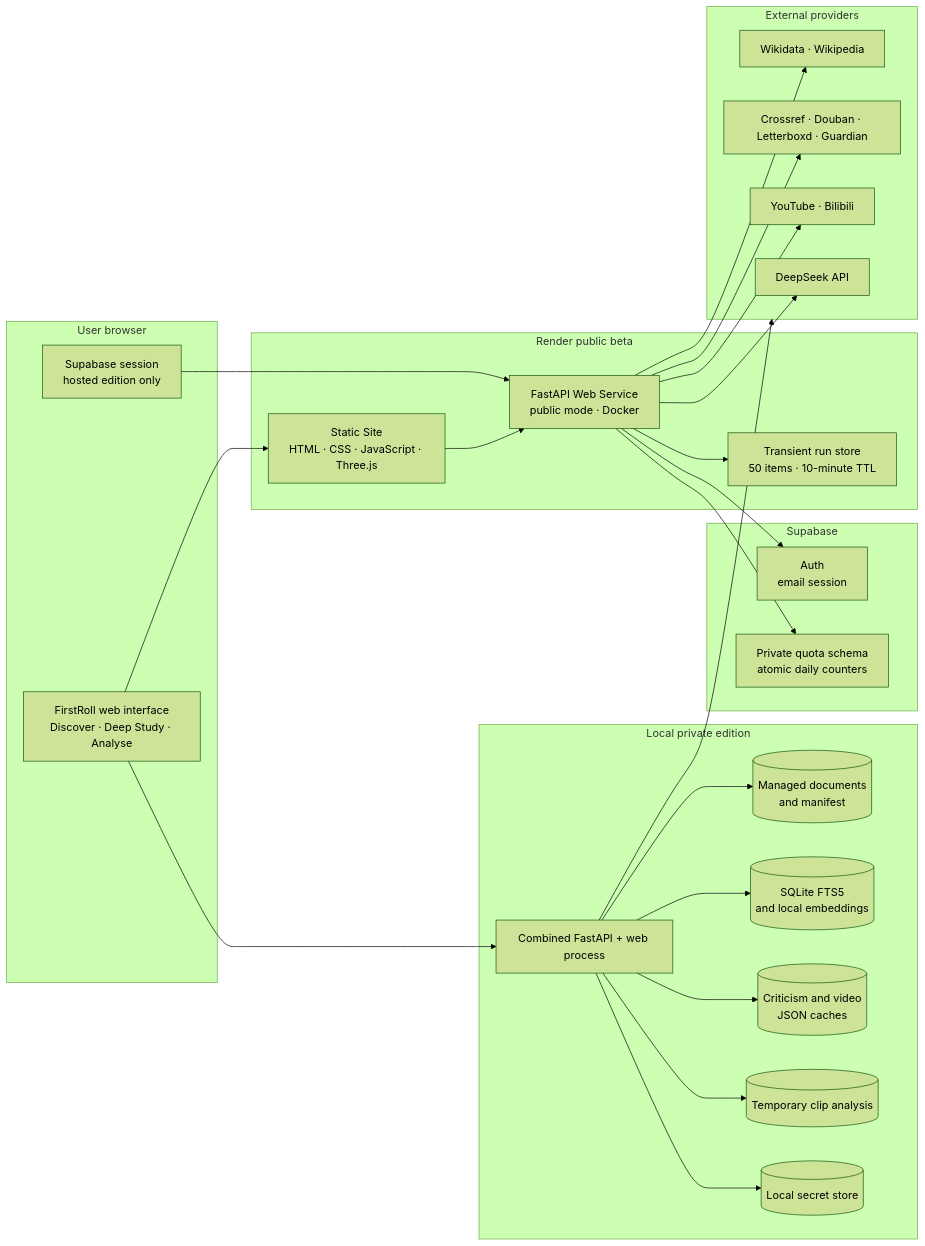
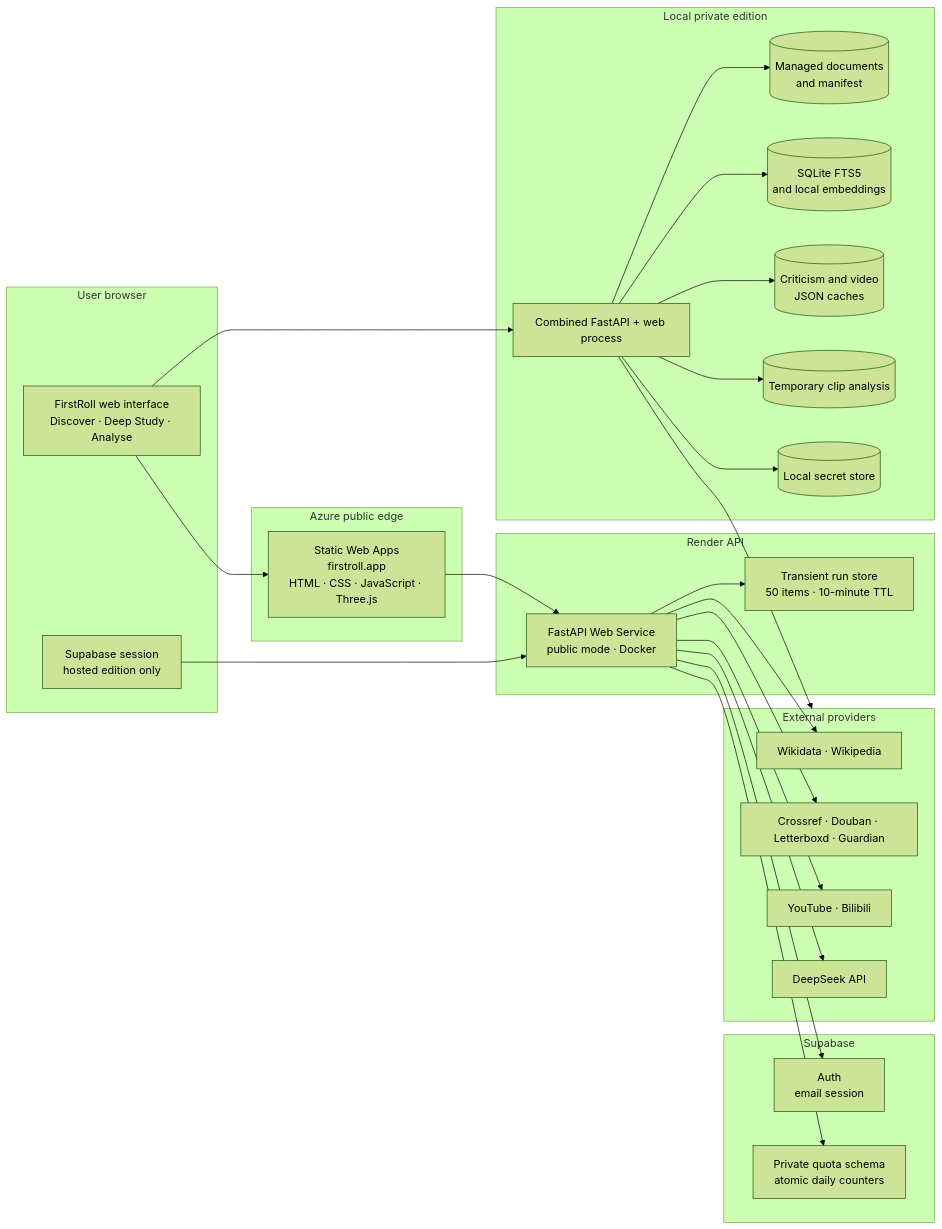
Before and after one commit to Luo-Z-Y/FirstRoll: the first of 2 diagrams in docs/ARCHITECTURE.md, drawn with Mermaid (forest theme). The commit also changed other lines of this file and 15 other files, not shown here.

Commit message:
Add Azure API Terraform foundation

````diff
--- a/docs/ARCHITECTURE.md
+++ b/docs/ARCHITECTURE.md
@@ -12,53 +12,56 @@
 ```mermaid
 flowchart LR
     subgraph Browser["User browser"]
         UI["FirstRoll web interface<br/>Discover · Deep Study · Analyse"]
         Session["Supabase session<br/>hosted edition only"]
     end
 
-    subgraph Render["Render public beta"]
-        Static["Static Site<br/>HTML · CSS · JavaScript · Three.js"]
+    subgraph Azure["Azure public edge"]
+        Static["Static Web Apps<br/>firstroll.app<br/>HTML · CSS · JavaScript · Three.js"]
+    end
+
+    subgraph Render["Render API"]
         API["FastAPI Web Service<br/>public mode · Docker"]
         Runs["Transient run store<br/>50 items · 10-minute TTL"]
     end
 
     subgraph Supabase["Supabase"]
         Auth["Auth<br/>email session"]
         Quota["Private quota schema<br/>atomic daily counters"]
     end
 
     subgraph Local["Local private edition"]
         LocalAPI["Combined FastAPI + web process"]
         Library[("Managed documents<br/>and manifest")]
         Index[("SQLite FTS5<br/>and local embeddings")]
         Caches[("Criticism and video<br/>JSON caches")]
         Clips[("Temporary clip analysis")]
         Secrets[("Local secret store")]
     end
 
     subgraph Providers["External providers"]
         FilmData["Wikidata · Wikipedia"]
         Criticism["Crossref · Douban · Letterboxd · Guardian"]
         Video["YouTube · Bilibili"]
         DeepSeek["DeepSeek API"]
     end
 
     UI --> Static
     Static --> API
     Session --> API
     API --> Auth
     API --> Quota
     API --> Runs
     API --> FilmData
     API --> Criticism
     API --> Video
     API --> DeepSeek
 
     UI --> LocalAPI
     LocalAPI --> Library
     LocalAPI --> Index
     LocalAPI --> Caches
     LocalAPI --> Clips
     LocalAPI --> Secrets
     LocalAPI --> Providers
 ```
````
